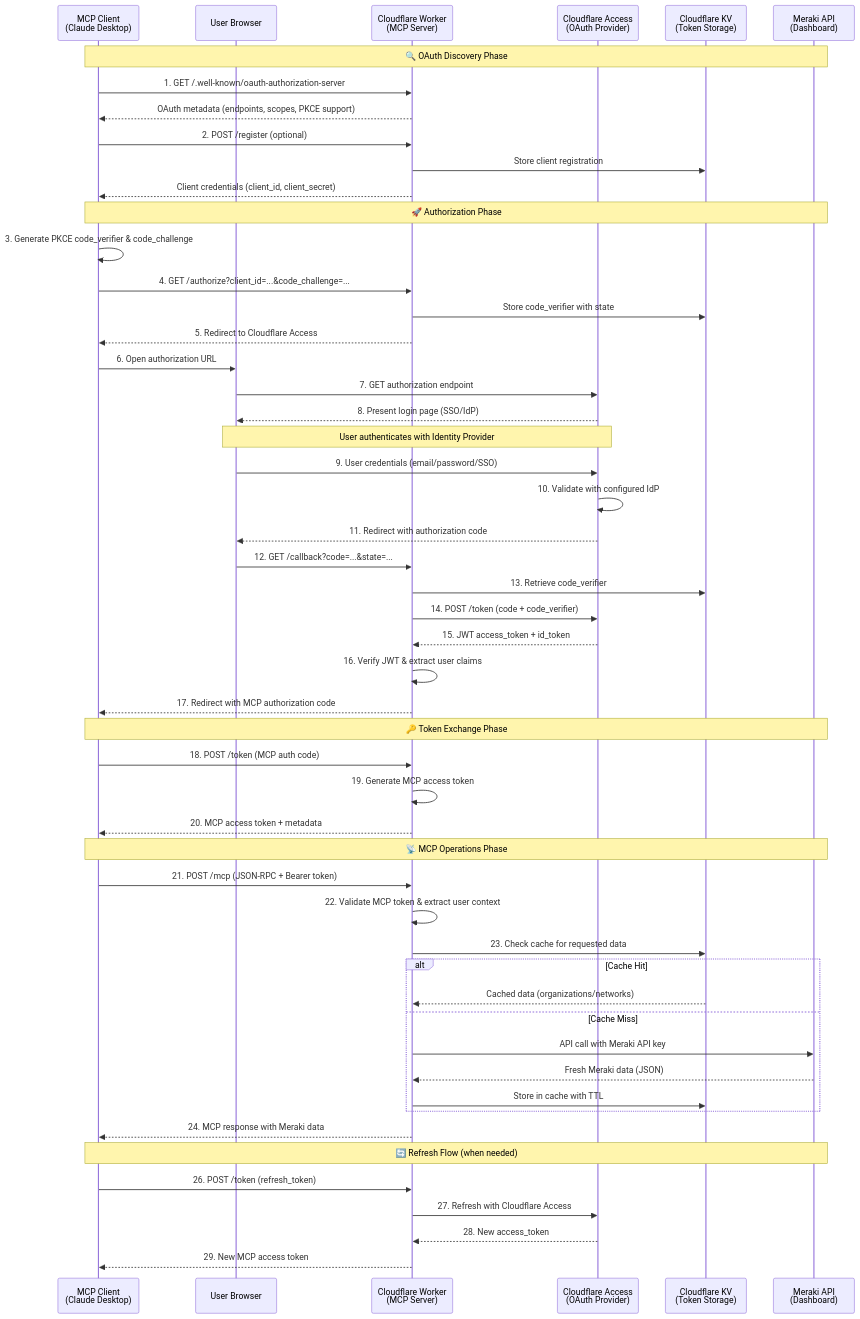
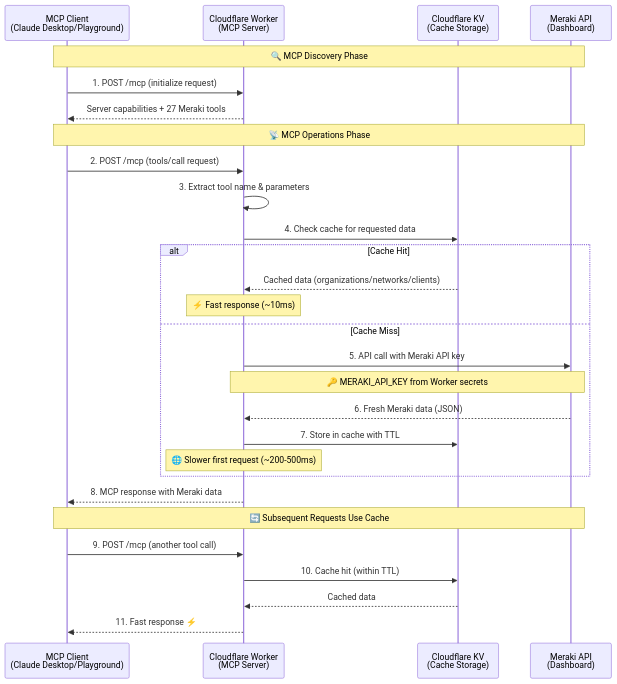
One commit to macharpe/meraki-mcp-cloudflare changed the first of 3 diagrams in docs/authentication-flow.md. Above: the diagram before and after it, drawn with Mermaid. The commit also changed other lines of this file, not shown here.

First line of the commit message:
📝 docs: Update authentication flow to reflect API key implementation

````diff
--- a/docs/authentication-flow.md
+++ b/docs/authentication-flow.md
@@ -7,69 +9,38 @@
 ```mermaid
 sequenceDiagram
-    participant Client as MCP Client<br/>(Claude Desktop)
-    participant Browser as User Browser
+    participant Client as MCP Client<br/>(Claude Desktop/Playground)
     participant Worker as Cloudflare Worker<br/>(MCP Server)
-    participant Access as Cloudflare Access<br/>(OAuth Provider)
-    participant KV as Cloudflare KV<br/>(Token Storage)
+    participant KV as Cloudflare KV<br/>(Cache Storage)
     participant Meraki as Meraki API<br/>(Dashboard)
 
-    Note over Client,Meraki: 🔍 OAuth Discovery Phase
+    Note over Client,Meraki: 🔍 MCP Discovery Phase
 
-    Client->>Worker: 1. GET /.well-known/oauth-authorization-server
-    Worker-->>Client: OAuth metadata (endpoints, scopes, PKCE support)
-
-    Client->>Worker: 2. POST /register (optional)
-    Worker->>KV: Store client registration
-    Worker-->>Client: Client credentials (client_id, client_secret)
-
-    Note over Client,Meraki: 🚀 Authorization Phase
-
-    Client->>Client: 3. Generate PKCE code_verifier & code_challenge
-    Client->>Worker: 4. GET /authorize?client_id=...&code_challenge=...
-    Worker->>KV: Store code_verifier with state
-    Worker-->>Client: 5. Redirect to Cloudflare Access
-
-    Client->>Browser: 6. Open authorization URL
-    Browser->>Access: 7. GET authorization endpoint
-    Access-->>Browser: 8. Present login page (SSO/IdP)
-
-    Note over Browser,Access: User authenticates with Identity Provider
-
-    Browser->>Access: 9. User credentials (email/password/SSO)
-    Access->>Access: 10. Validate with configured IdP
-    Access-->>Browser: 11. Redirect with authorization code
-
-    Browser->>Worker: 12. GET /callback?code=...&state=...
-    Worker->>KV: 13. Retrieve code_verifier
-    Worker->>Access: 14. POST /token (code + code_verifier)
-    Access-->>Worker: 15. JWT access_token + id_token
-    Worker->>Worker: 16. Verify JWT & extract user claims
-    Worker-->>Client: 17. Redirect with MCP authorization code
-
-    Note over Client,Meraki: 🔑 Token Exchange Phase
-
-    Client->>Worker: 18. POST /token (MCP auth code)
-    Worker->>Worker: 19. Generate MCP access token
-    Worker-->>Client: 20. MCP access token + metadata
+    Client->>Worker: 1. POST /mcp (initialize request)
+    Worker-->>Client: Server capabilities + 27 Meraki tools
 
     Note over Client,Meraki: 📡 MCP Operations Phase
 
-    Client->>Worker: 21. POST /mcp (JSON-RPC + Bearer token)
-    Worker->>Worker: 22. Validate MCP token & extract user context
-    Worker->>KV: 23. Check cache for requested data
+    Client->>Worker: 2. POST /mcp (tools/call request)
+    Worker->>Worker: 3. Extract tool name & parameters
+    Worker->>KV: 4. Check cache for requested data
+
     alt Cache Hit
-        KV-->>Worker: Cached data (organizations/networks)
+        KV-->>Worker: Cached data (organizations/networks/clients)
+        Note over Worker: ⚡ Fast response (~10ms)
     else Cache Miss
-        Worker->>Meraki: API call with Meraki API key
-        Meraki-->>Worker: Fresh Meraki data (JSON)
-        Worker->>KV: Store in cache with TTL
+        Worker->>Meraki: 5. API call with Meraki API key
+        Note over Worker,Meraki: 🔑 MERAKI_API_KEY from Worker secrets
+        Meraki-->>Worker: 6. Fresh Meraki data (JSON)
+        Worker->>KV: 7. Store in cache with TTL
+        Note over Worker: 🌐 Slower first request (~200-500ms)
     end
-    Worker-->>Client: 24. MCP response with Meraki data
 
-    Note over Client,Meraki: 🔄 Refresh Flow (when needed)
+    Worker-->>Client: 8. MCP response with Meraki data
 
-    Client->>Worker: 26. POST /token (refresh_token)
-    Worker->>Access: 27. Refresh with Cloudflare Access
-    Access-->>Worker: 28. New access_token
-    Worker-->>Client: 29. New MCP access token
+    Note over Client,Meraki: 🔄 Subsequent Requests Use Cache
+
+    Client->>Worker: 9. POST /mcp (another tool call)
+    Worker->>KV: 10. Cache hit (within TTL)
+    KV-->>Worker: Cached data
+    Worker-->>Client: 11. Fast response ⚡
 ```
````
